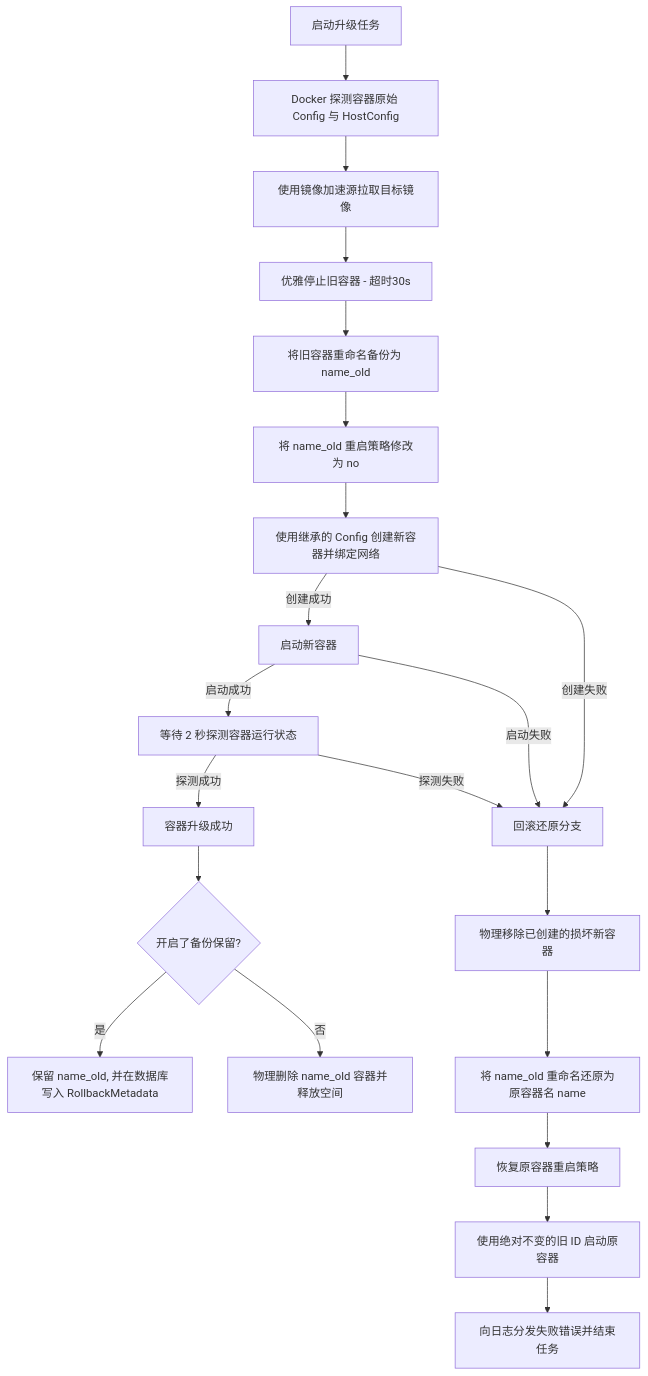
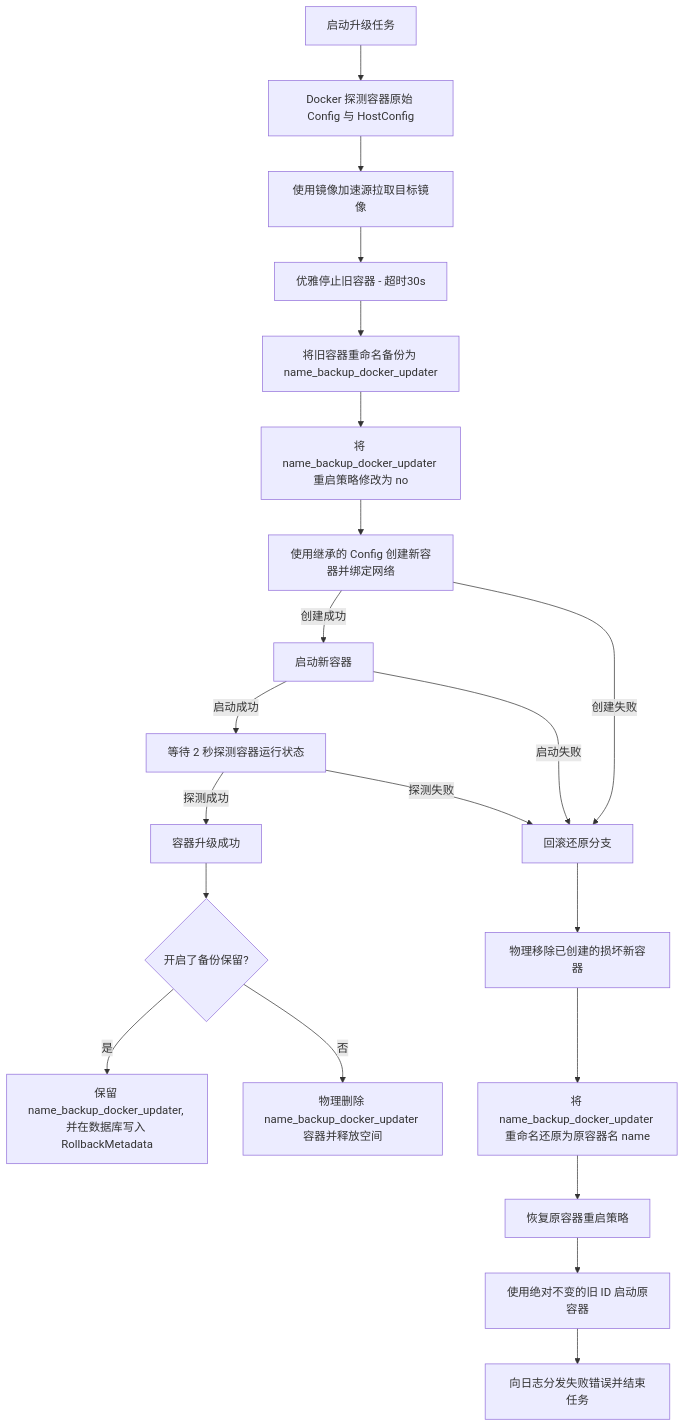
One commit to yuexps/docker.updater changed the first of 2 diagrams in docs/specification.md. Above: the diagram before and after it, drawn with Mermaid. The commit also changed other lines of this file and 18 other files, not shown here.

````diff
--- a/docs/specification.md
+++ b/docs/specification.md
@@ -141,24 +141,24 @@
 ```mermaid
 graph TD
     A[启动升级任务] --> B[Docker 探测容器原始 Config 与 HostConfig]
     B --> C[使用镜像加速源拉取目标镜像]
     C --> D[优雅停止旧容器 - 超时30s]
-    D --> E[将旧容器重命名备份为 name_old]
-    E --> F[将 name_old 重启策略修改为 no]
+    D --> E[将旧容器重命名备份为 name_backup_docker_updater]
+    E --> F[将 name_backup_docker_updater 重启策略修改为 no]
     F --> G[使用继承的 Config 创建新容器并绑定网络]
     G -->|创建成功| H[启动新容器]
     G -->|创建失败| R[回滚还原分支]
     H -->|启动成功| I[等待 2 秒探测容器运行状态]
     H -->|启动失败| R
     I -->|探测成功| J[容器升级成功]
     I -->|探测失败| R
     J --> K{开启了备份保留?}
-    K -->|是| L[保留 name_old, 并在数据库写入 RollbackMetadata]
-    K -->|否| M[物理删除 name_old 容器并释放空间]
+    K -->|是| L[保留 name_backup_docker_updater, 并在数据库写入 RollbackMetadata]
+    K -->|否| M[物理删除 name_backup_docker_updater 容器并释放空间]
     
     R[回滚还原分支] --> S[物理移除已创建的损坏新容器]
-    S --> T[将 name_old 重命名还原为原容器名 name]
+    S --> T[将 name_backup_docker_updater 重命名还原为原容器名 name]
     T --> U[恢复原容器重启策略]
     U --> V[使用绝对不变的旧 ID 启动原容器]
     V --> W[向日志分发失败错误并结束任务]
 ```
````
